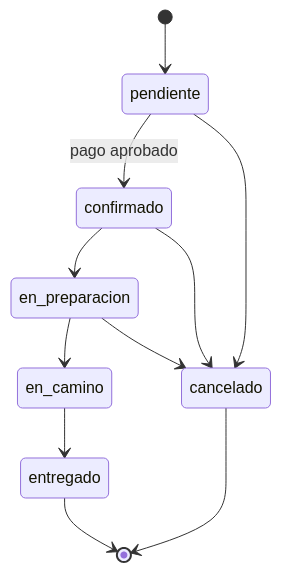
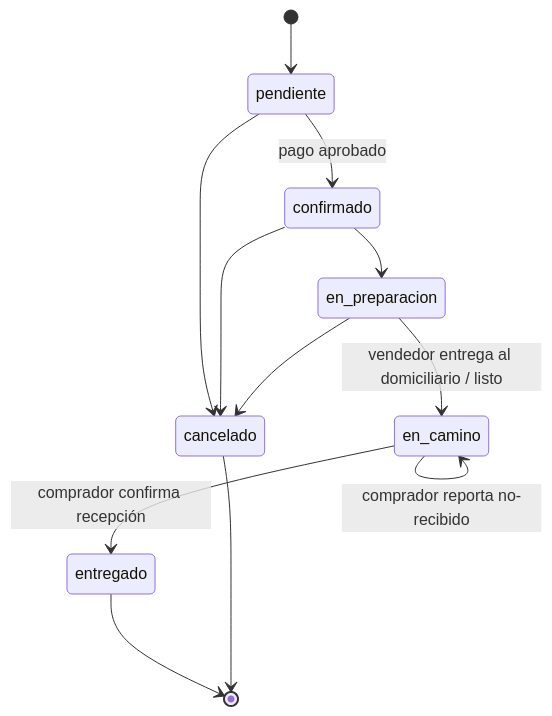
The second of 2 diagrams in README.md (calo159/riomarket-backend), drawn with Mermaid before and after one commit. The commit also changed other lines of this file and 31 other files, not shown here.

````diff
--- a/README.md
+++ b/README.md
@@ -52,13 +52,14 @@
 ```mermaid
 stateDiagram-v2
     [*] --> pendiente
     pendiente --> confirmado: pago aprobado
     pendiente --> cancelado
     confirmado --> en_preparacion
     confirmado --> cancelado
-    en_preparacion --> en_camino
+    en_preparacion --> en_camino: vendedor entrega al domiciliario / listo
     en_preparacion --> cancelado
-    en_camino --> entregado
+    en_camino --> entregado: comprador confirma recepción
+    en_camino --> en_camino: comprador reporta no-recibido
     entregado --> [*]
     cancelado --> [*]
 ```
````
